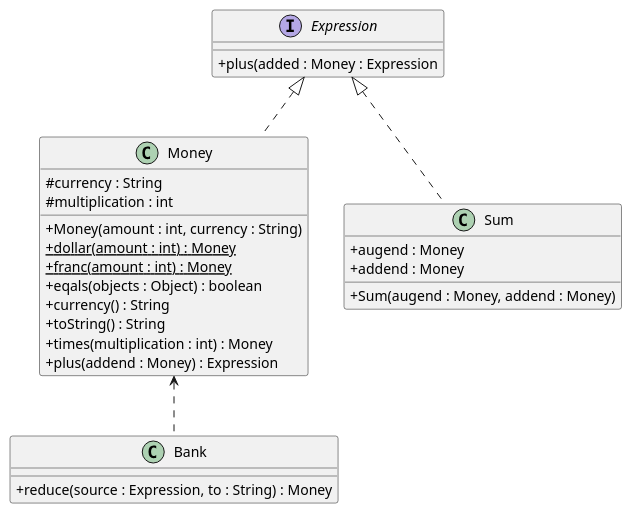
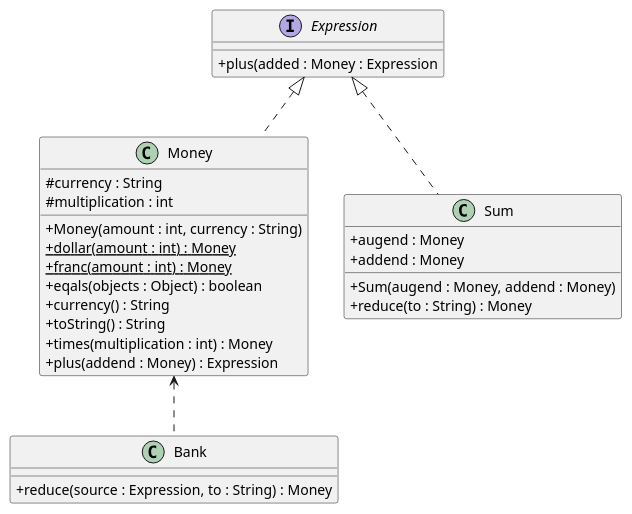
The diagram in ClassDiagram.puml (NOHYC/TDD_project), drawn with PlantUML before and after one commit. The commit also changed 5 other files, not shown here.

Commit message:
chapter 13 : 더하기 기능 추가(리팩토링) 1. 구현은 되지만 코드가 지저분하기 때문에 리팩토링 2. 캐스팅 - 이 코드는 모든 Expression에 대해 작동해야함, 공용 필드에 대한 두 단계 걸친 레퍼런스 3. Sum 클래스 내부에 reduce 메소드 생성 후 공용 필드 값 계산 후 Money 객체 반환 4.Bank.reduce 메소드에서는 캐스팅 코드와 sum.reduce를 반환하는 코드있음. 5. 테스트 통과

```diff
--- a/ClassDiagram.puml
+++ b/ClassDiagram.puml
@@ -1,38 +1,39 @@
 @startuml
 'https://plantuml.com/class-diagram
 skinparam classAttributeIconSize 0
 /' 13장 : 더하기 기능 (내부구현)
 '/
 class Money
 interface Expression
 class Bank
 class Sum
 
 Expression <|.. Money
 Money <.. Bank
 Expression <|.. Sum
 
 class Money{
  #currency : String
  #multiplication : int
  +Money(amount : int, currency : String)
  +dollar(amount : int) : {static} Money
  +franc(amount : int) : {static} Money
  +eqals(objects : Object) : boolean
  +currency() : String
  +toString() : String
  +times(multiplication : int) : Money
  +plus(addend : Money) : Expression
 }
 interface Expression{
  +plus(added : Money : Expression
 }
 class Bank{
  +reduce(source : Expression, to : String) : Money
 }
 class Sum{
  +augend : Money
  +addend : Money
  +Sum(augend : Money, addend : Money)
+ +reduce(to : String) : Money
 }
 @enduml
```
